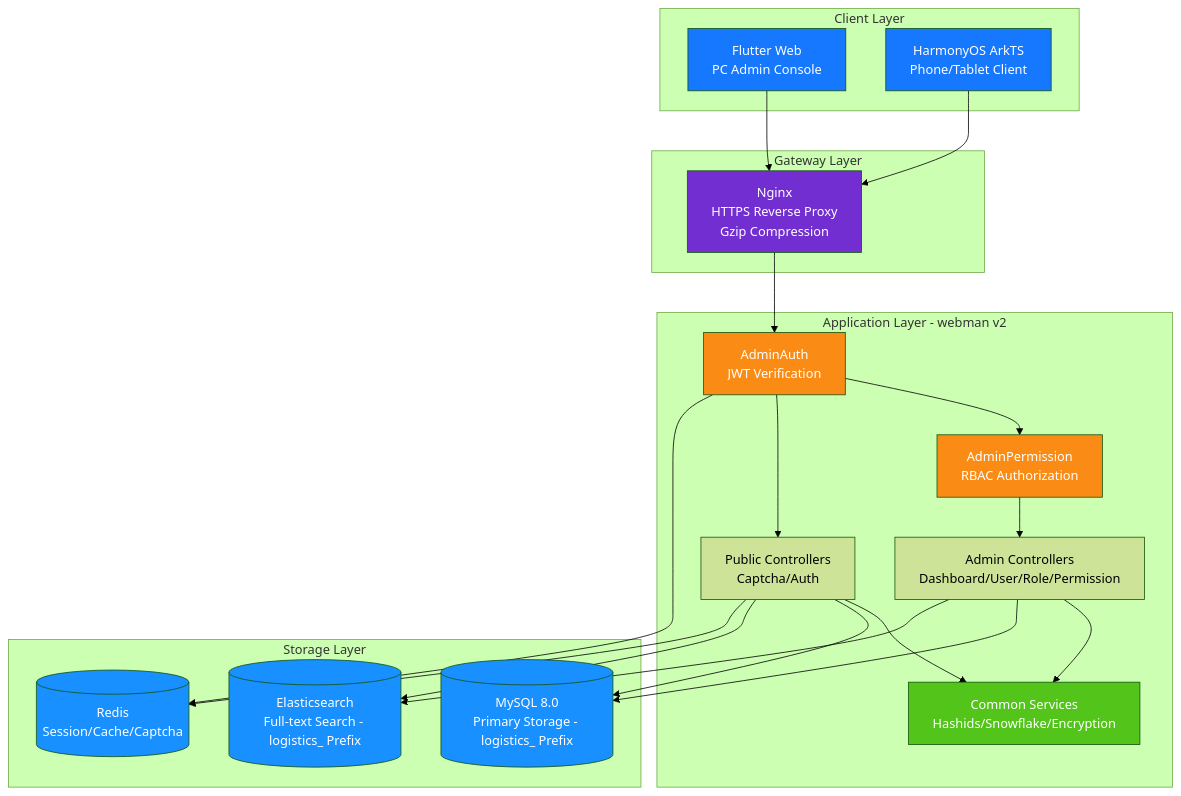
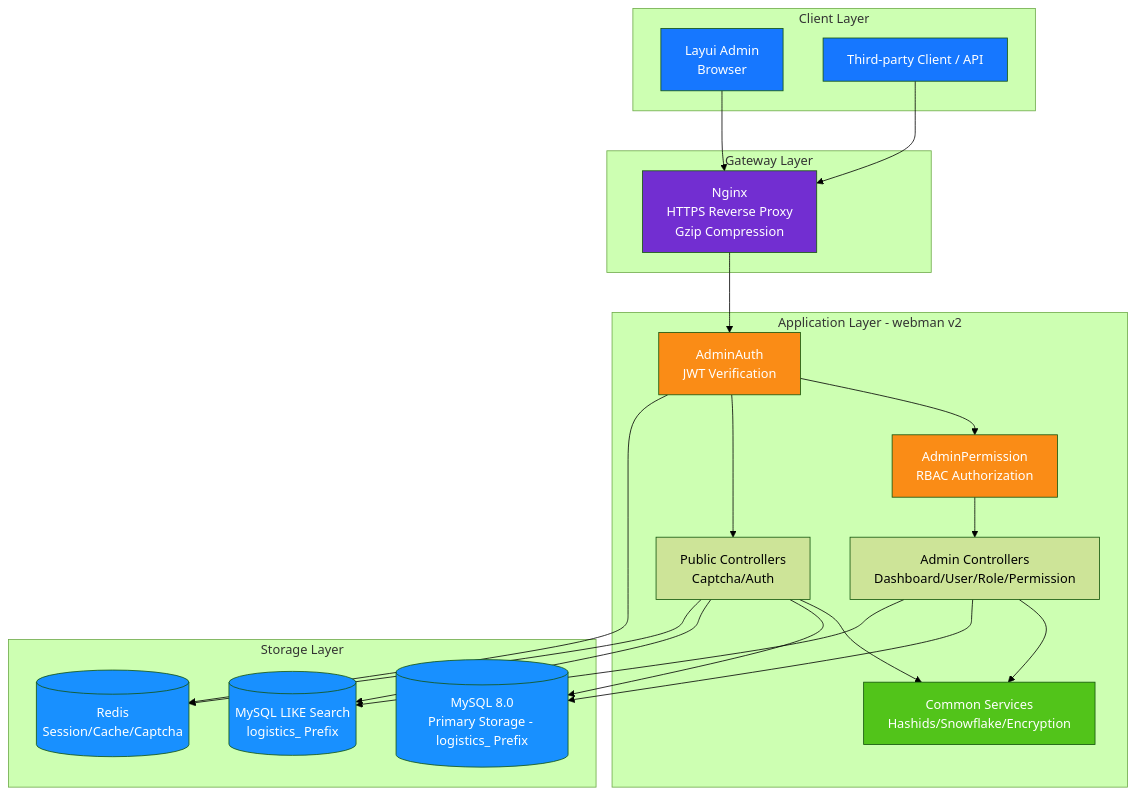
The diagram in admin/docs/diagrams/01-system-architecture.en.md (erikwang2013/integrated-global-logistics), drawn with Mermaid (forest theme) before and after one commit. The commit also changed other lines of this file and 361 other files, not shown here.

Commit message:
文档：仅保留中英文 README，清理已移除功能与过时图片

````diff
--- a/admin/docs/diagrams/01-system-architecture.en.md
+++ b/admin/docs/diagrams/01-system-architecture.en.md
@@ -7,50 +7,50 @@
 ```mermaid
 flowchart TB
     subgraph clients["Client Layer"]
-        flutter["Flutter Web<br/>PC Admin Console"]
-        harmony["HarmonyOS ArkTS<br/>Phone/Tablet Client"]
+        adminui["Layui Admin<br/>Browser"]
+        apiclient["Third-party Client / API"]
     end
 
     subgraph gateway["Gateway Layer"]
         nginx["Nginx<br/>HTTPS Reverse Proxy<br/>Gzip Compression"]
     end
 
     subgraph app["Application Layer - webman v2"]
         auth["AdminAuth<br/>JWT Verification"]
         perm["AdminPermission<br/>RBAC Authorization"]
         admin["Admin Controllers<br/>Dashboard/User/Role/Permission"]
         public["Public Controllers<br/>Captcha/Auth"]
         common["Common Services<br/>Hashids/Snowflake/Encryption"]
     end
 
     subgraph storage["Storage Layer"]
         mysql[("MySQL 8.0<br/>Primary Storage - logistics_ Prefix")]
-        es[("Elasticsearch<br/>Full-text Search - logistics_ Prefix")]
+        es[("MySQL LIKE Search<br/>logistics_ Prefix")]
         redis[("Redis<br/>Session/Cache/Captcha")]
     end
 
-    flutter --> nginx
-    harmony --> nginx
+    adminui --> nginx
+    apiclient --> nginx
     nginx --> auth
     auth --> perm
     perm --> admin
     auth --> public
     admin --> common
     public --> common
     admin --> mysql
     public --> mysql
     admin --> es
     public --> es
     auth --> redis
     public --> redis
 
-    style flutter fill:#1677FF,color:#fff
-    style harmony fill:#1677FF,color:#fff
+    style adminui fill:#1677FF,color:#fff
+    style apiclient fill:#1677FF,color:#fff
     style nginx fill:#722ED1,color:#fff
     style auth fill:#FA8C16,color:#fff
     style perm fill:#FA8C16,color:#fff
     style common fill:#52C41A,color:#fff
     style mysql fill:#1890FF,color:#fff
     style es fill:#1890FF,color:#fff
     style redis fill:#1890FF,color:#fff
 ```
````
